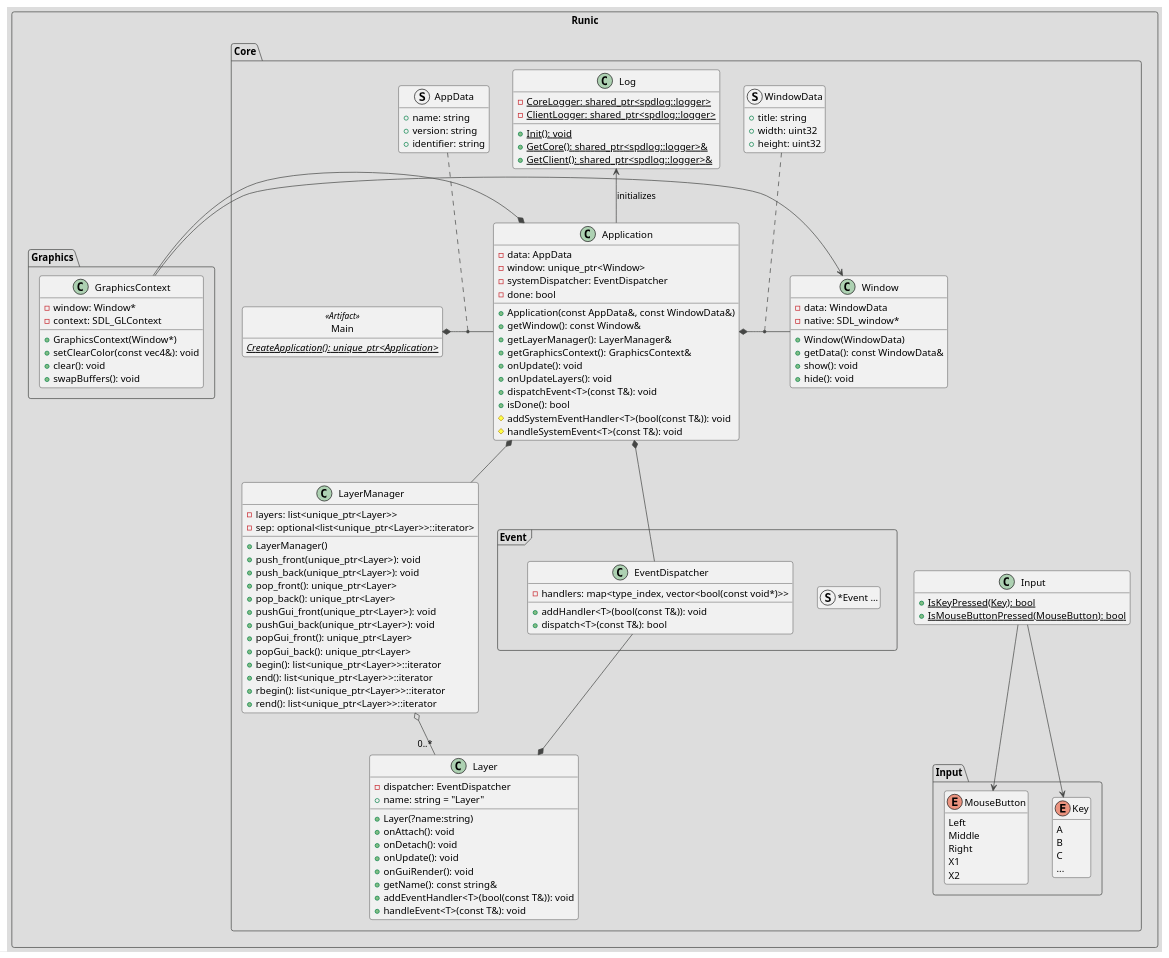
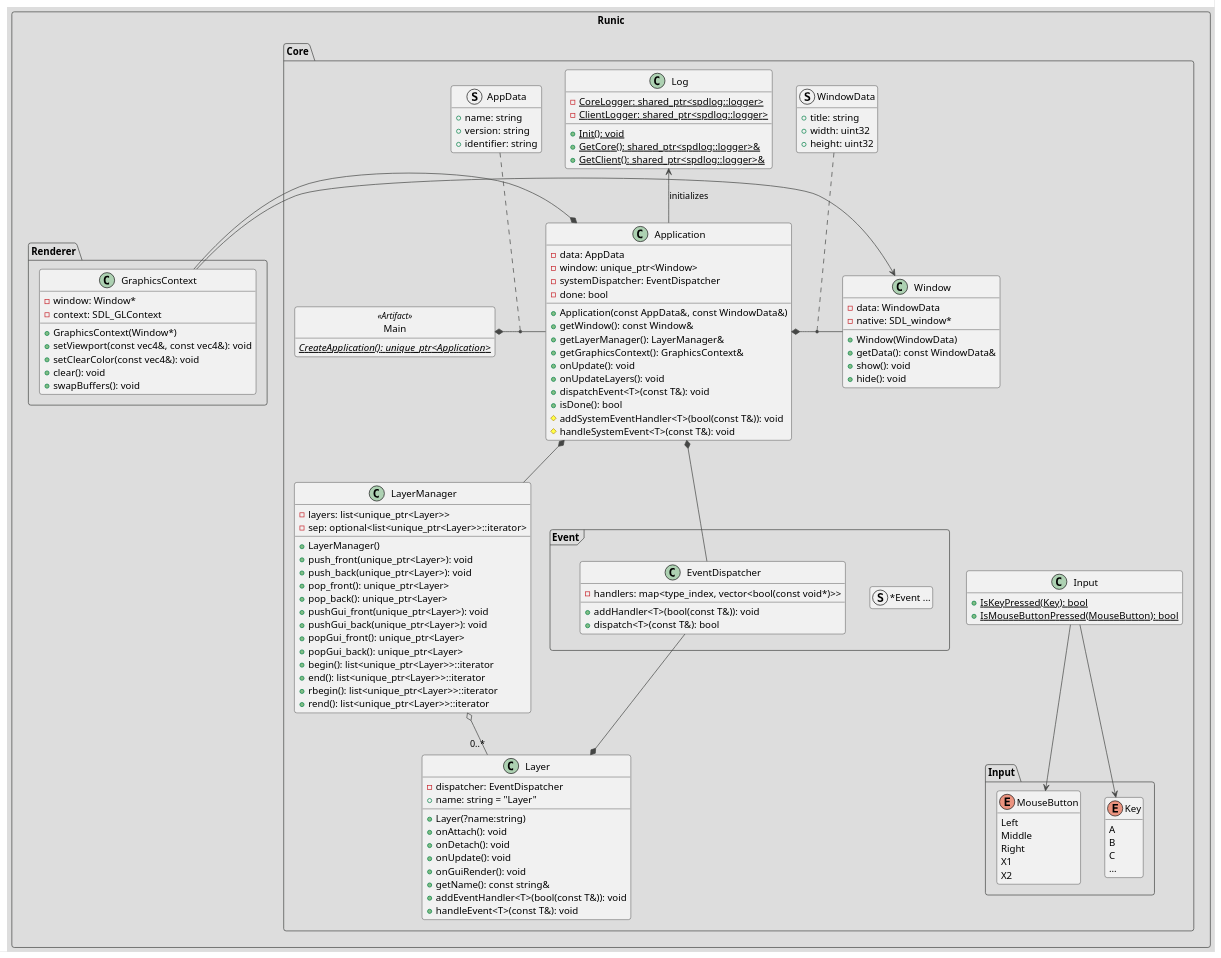
Before and after one commit to dedbox/Runic: the diagram in Runic/doc/classes.plantuml, drawn with PlantUML. The commit also changed 6 other files, not shown here.

First line of the commit message:
add GraphicsContext.setViewport

```diff
--- a/Runic/doc/classes.plantuml
+++ b/Runic/doc/classes.plantuml
@@ -1,161 +1,162 @@
 @startuml
 !theme toy
 
 package Runic <<rectangle>> {
   package Core <<folder>> {
     class Main <<Artifact>> {
       {static} {abstract} CreateApplication(): unique_ptr<Application>
     }
 
     hide <<Artifact>> circle
     hide <<Artifact>> fields
 
     struct AppData {
       + name: string
       + version: string
       + identifier: string
     }
 
     class Application {
       - data: AppData
       - window: unique_ptr<Window>
       - systemDispatcher: EventDispatcher
       - done: bool
       + Application(const AppData&, const WindowData&)
       + getWindow(): const Window&
       + getLayerManager(): LayerManager&
       + getGraphicsContext(): GraphicsContext&
       + onUpdate(): void
       + onUpdateLayers(): void
       + dispatchEvent<T>(const T&): void
       + isDone(): bool
       # addSystemEventHandler<T>(bool(const T&)): void
       # handleSystemEvent<T>(const T&): void
     }
 
     Main *- Application
     AppData .. (Main, Application)
 
     struct WindowData {
       + title: string
       + width: uint32
       + height: uint32
     }
 
     class Window {
       - data: WindowData
       - native: SDL_window*
       + Window(WindowData)
       + getData(): const WindowData&
       + show(): void
       + hide(): void
     }
 
     Application *- Window
     WindowData .. (Application, Window)
 
     class Log {
       {static} - CoreLogger: shared_ptr<spdlog::logger>
       {static} - ClientLogger: shared_ptr<spdlog::logger>
       {static} + Init(): void
       {static} + GetCore(): shared_ptr<spdlog::logger>&
       {static} + GetClient(): shared_ptr<spdlog::logger>&
     }
 
      Application -up-> Log : initializes
 
     class Input {
       {static} + IsKeyPressed(Key): bool
       {static} + IsMouseButtonPressed(MouseButton): bool
     }
 
     package Input as InputPkg {
       enum Key {
         A
         B
         C
         ...
       }
 
       enum MouseButton {
         Left
         Middle
         Right
         X1
         X2
       }
     }
 
     Input --> Key
     Input --> MouseButton
 
     package Event <<Frame>> {
       struct "*Event ..." as ConcreteEvent
 
       class EventDispatcher {
         {field} - handlers: map<type_index, vector<bool(const void*)>>
         + addHandler<T>(bool(const T&)): void
         + dispatch<T>(const T&): bool
       }
     }
 
     Application *-- EventDispatcher
 
     class Layer {
       - dispatcher: EventDispatcher
       + name: string = "Layer"
       + Layer(?name:string)
       + onAttach(): void
       + onDetach(): void
       + onUpdate(): void
       + onGuiRender(): void
       + getName(): const string&
       + addEventHandler<T>(bool(const T&)): void
       + handleEvent<T>(const T&): void
     }
 
     Layer *-- EventDispatcher
 
     class LayerManager {
       - layers: list<unique_ptr<Layer>>
       - sep: optional<list<unique_ptr<Layer>>::iterator>
       + LayerManager()
       + push_front(unique_ptr<Layer>): void
       + push_back(unique_ptr<Layer>): void
       + pop_front(): unique_ptr<Layer>
       + pop_back(): unique_ptr<Layer>
       + pushGui_front(unique_ptr<Layer>): void
       + pushGui_back(unique_ptr<Layer>): void
       + popGui_front(): unique_ptr<Layer>
       + popGui_back(): unique_ptr<Layer>
       + begin(): list<unique_ptr<Layer>>::iterator
       + end(): list<unique_ptr<Layer>>::iterator
       + rbegin(): list<unique_ptr<Layer>>::iterator
       + rend(): list<unique_ptr<Layer>>::iterator
     }
 
     LayerManager o-- "0..*" Layer
     Application *-- LayerManager
 
     LayerManager -[hidden]left- Event
     LayerManager -[hidden]right- Input
   }
 
-  package Graphics {
+  package Renderer {
     class GraphicsContext {
       - window: Window*
       - context: SDL_GLContext
       + GraphicsContext(Window*)
+      + setViewport(const vec4&, const vec4&): void
       + setClearColor(const vec4&): void
       + clear(): void
       + swapBuffers(): void
     }
 
     Application *- GraphicsContext
     GraphicsContext -> Window
   }
 }
 
 hide empty members
 
 @enduml
```
